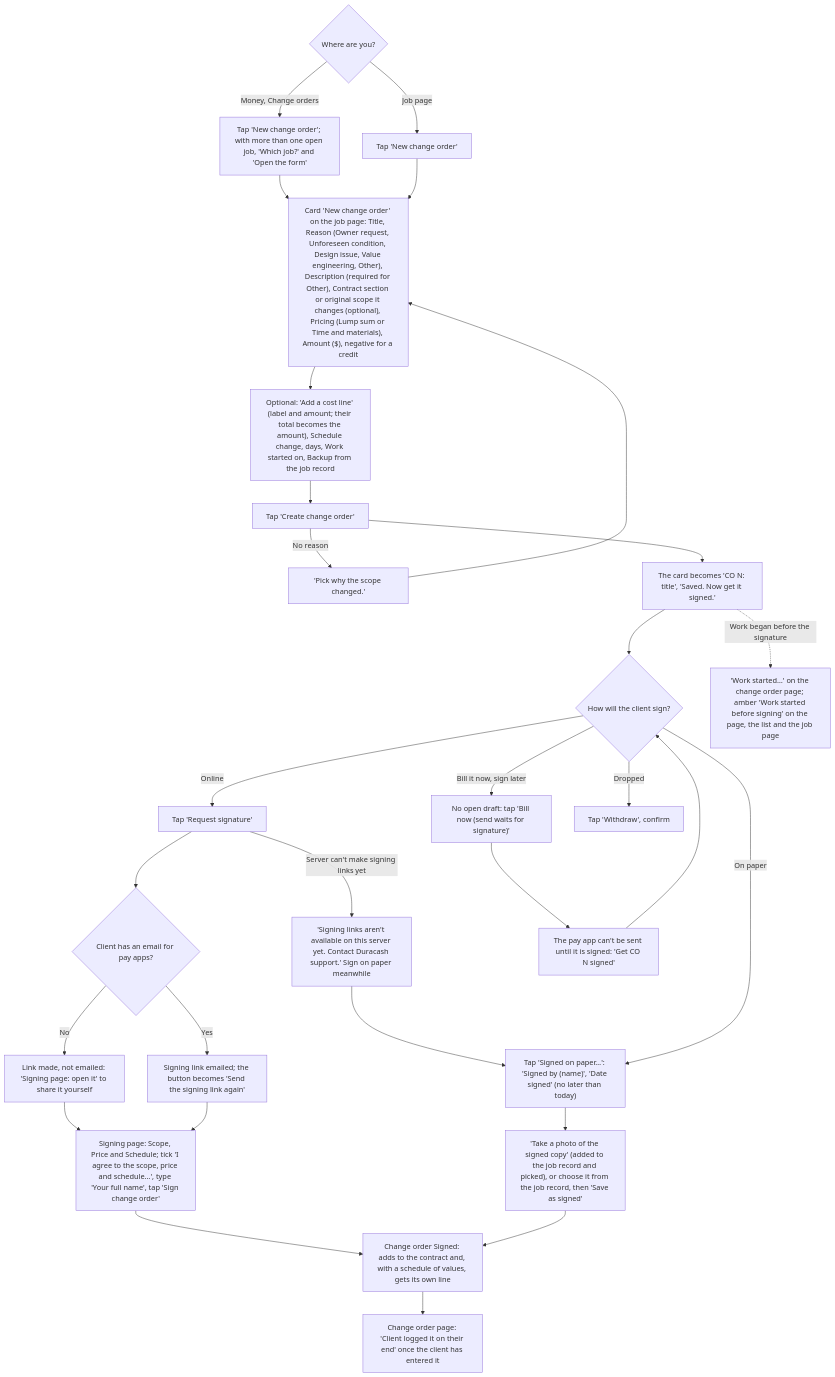
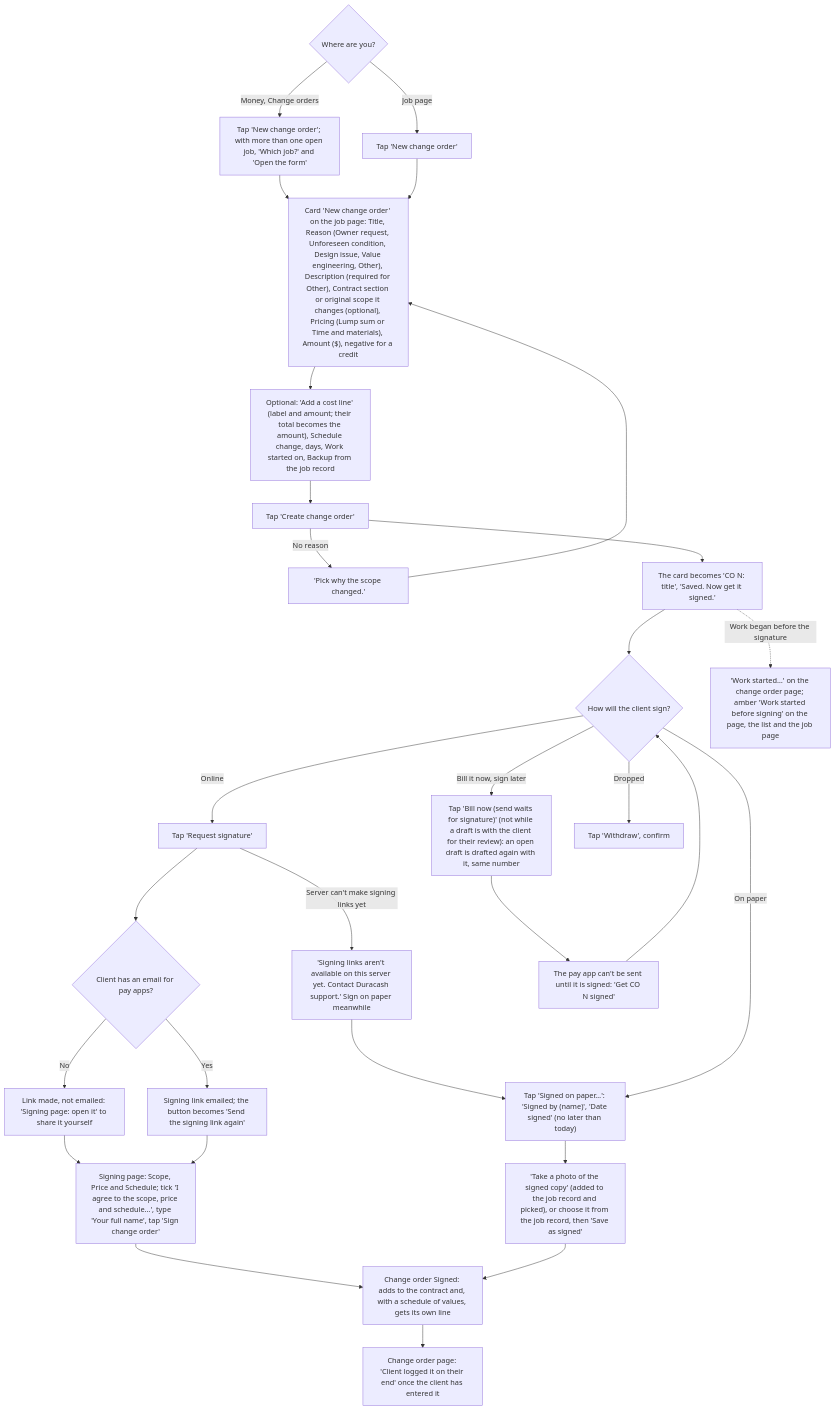
The sixth of 16 diagrams in docs/client-flows.md (cartwrightstephen/billdable), drawn with Mermaid before and after one commit. The commit also changed other lines of this file and 1 other file, not shown here.

First line of the commit message:
Flows doc and helper answers follow the money fixes

````diff
--- a/docs/client-flows.md
+++ b/docs/client-flows.md
@@ -240,31 +240,31 @@
 ```mermaid
 flowchart TD
     A{"Where are you?"} -->|"Job page"| A1["Tap 'New change order'"]
     A -->|"Money, Change orders"| A2["Tap 'New change order'; with more than one open job, 'Which job?' and 'Open the form'"]
     A2 --> B
     A1 --> B["Card 'New change order' on the job page: Title, Reason (Owner request, Unforeseen condition, Design issue, Value engineering, Other), Description (required for Other), Contract section or original scope it changes (optional), Pricing (Lump sum or Time and materials), Amount ($), negative for a credit"]
     B --> B2["Optional: 'Add a cost line' (label and amount; their total becomes the amount), Schedule change, days, Work started on, Backup from the job record"]
     B2 --> D["Tap 'Create change order'"]
     D -->|"No reason"| D2["'Pick why the scope changed.'"]
     D2 --> B
     D --> E["The card becomes 'CO N: title', 'Saved. Now get it signed.'"]
     E --> F{"How will the client sign?"}
     F -->|"Online"| G["Tap 'Request signature'"]
     G -->|"Server can't make signing links yet"| G2["'Signing links aren't available on this server yet. Contact Duracash support.' Sign on paper meanwhile"]
     G2 --> L
     G --> H{"Client has an email for pay apps?"}
     H -->|"Yes"| I["Signing link emailed; the button becomes 'Send the signing link again'"]
     H -->|"No"| J["Link made, not emailed: 'Signing page: open it' to share it yourself"]
     J --> K
     I --> K["Signing page: Scope, Price and Schedule; tick 'I agree to the scope, price and schedule…', type 'Your full name', tap 'Sign change order'"]
     F -->|"On paper"| L["Tap 'Signed on paper…': 'Signed by (name)', 'Date signed' (no later than today)"]
     L --> M["'Take a photo of the signed copy' (added to the job record and picked), or choose it from the job record, then 'Save as signed'"]
-    F -->|"Bill it now, sign later"| N["No open draft: tap 'Bill now (send waits for signature)'"]
+    F -->|"Bill it now, sign later"| N["Tap 'Bill now (send waits for signature)' (not while a draft is with the client for their review): an open draft is drafted again with it, same number"]
     N --> O["The pay app can't be sent until it is signed: 'Get CO N signed'"]
     O --> F
     F -->|"Dropped"| P["Tap 'Withdraw', confirm"]
     K --> Q["Change order Signed: adds to the contract and, with a schedule of values, gets its own line"]
     M --> Q
     Q --> R["Change order page: 'Client logged it on their end' once the client has entered it"]
     E -.->|"Work began before the signature"| W["'Work started…' on the change order page; amber 'Work started before signing' on the page, the list and the job page"]
 ```
````
